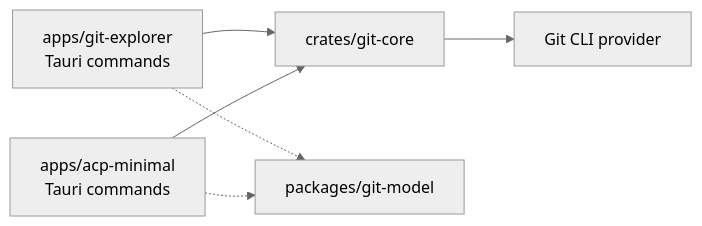
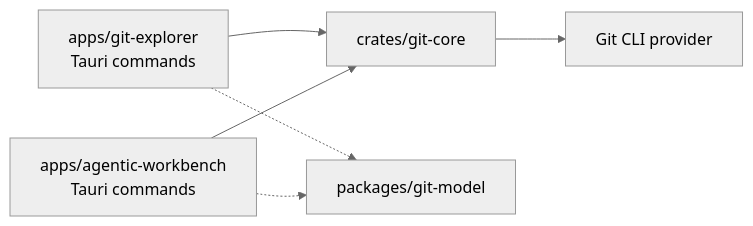
The third of 4 diagrams in docs/git-feature-sharing-monorepo-strategy.md (yoophi/agentic-workspace), drawn with Mermaid (neutral theme) before and after one commit. The commit also changed other lines of this file and 285 other files, not shown here.

First line of the commit message:
chore: rename project acp-minimal-app → agentic-workbench

````diff
--- a/docs/git-feature-sharing-monorepo-strategy.md
+++ b/docs/git-feature-sharing-monorepo-strategy.md
@@ -159,8 +159,8 @@
 ```mermaid
 flowchart LR
   GE[apps/git-explorer<br/>Tauri commands] --> GC[crates/git-core]
-  AC[apps/acp-minimal<br/>Tauri commands] --> GC
+  AC[apps/agentic-workbench<br/>Tauri commands] --> GC
   GC --> CLI[Git CLI provider]
   GE -.-> GM[packages/git-model]
   AC -.-> GM
 ```
````
